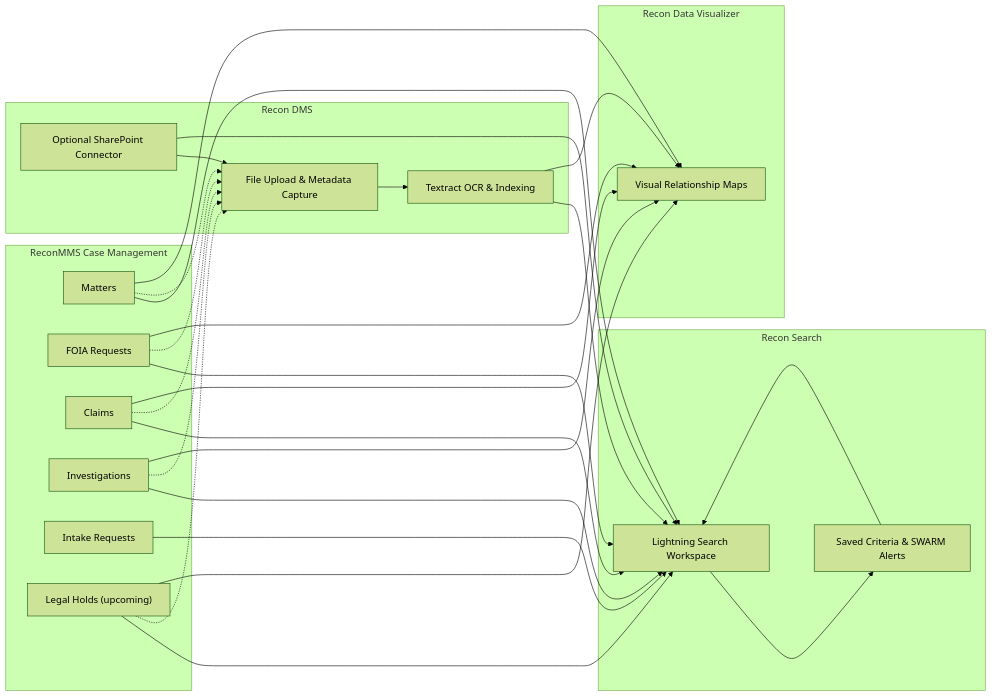
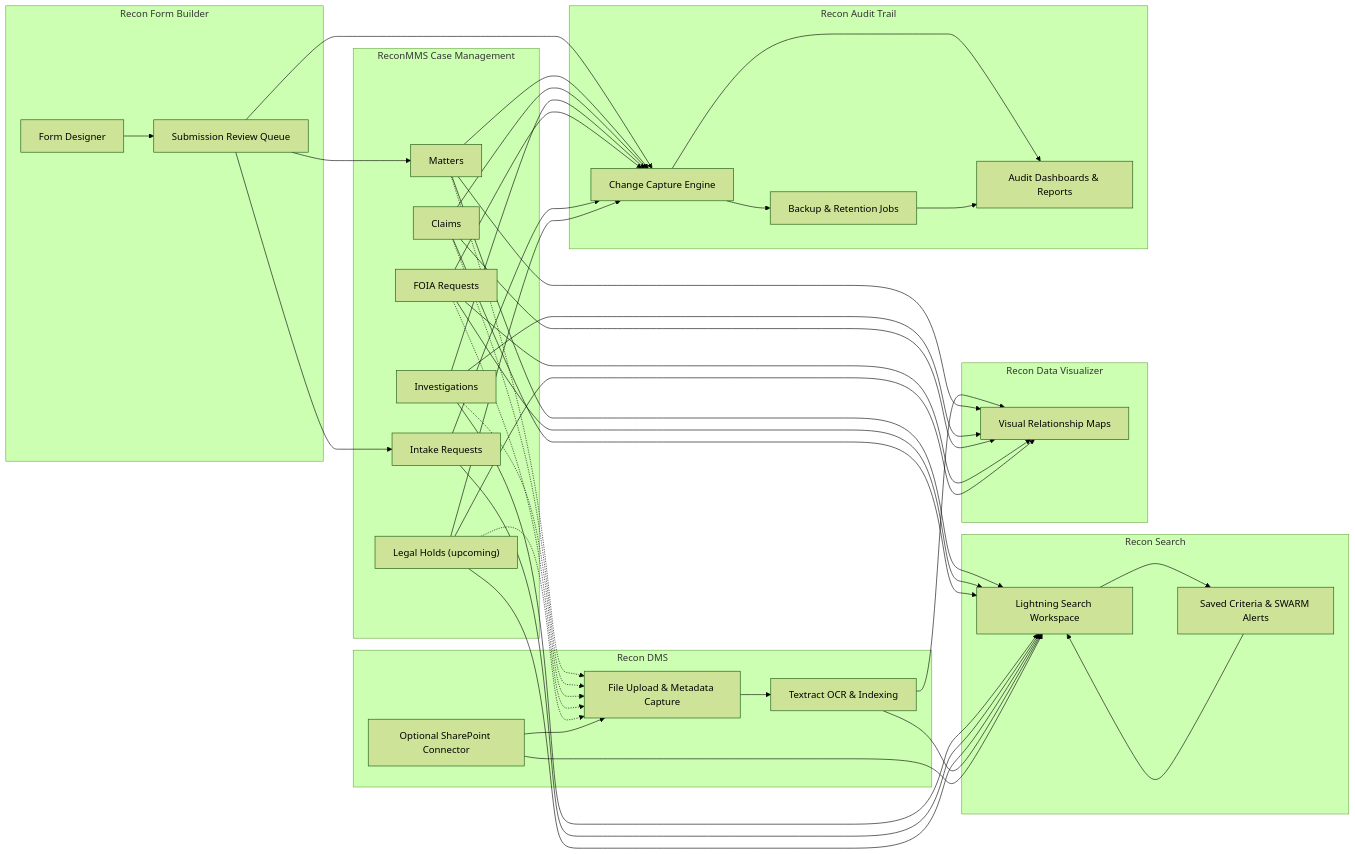
Before and after one commit to StaggerLee9/RA-docs: the diagram in docs/pages/products/architecture.md, drawn with Mermaid (forest theme). The commit also changed other lines of this file and 10 other files, not shown here.

````diff
--- a/docs/pages/products/architecture.md
+++ b/docs/pages/products/architecture.md
@@ -21,54 +21,81 @@
 ```mermaid
 flowchart LR
   subgraph ReconMMS["ReconMMS Case Management"]
     Matters["Matters"]
     FOIA["FOIA Requests"]
     Claims["Claims"]
     Investigations["Investigations"]
     Requests["Intake Requests"]
     LegalHold["Legal Holds (upcoming)"]
   end
 
   subgraph ReconSearch["Recon Search"]
     SearchConsole["Lightning Search Workspace"]
     SavedCriteria["Saved Criteria & SWARM Alerts"]
   end
 
   subgraph ReconDMS["Recon DMS"]
     Upload["File Upload & Metadata Capture"]
     Textract["Textract OCR & Indexing"]
     SharePoint["Optional SharePoint Connector"]
   end
 
   subgraph ReconVisualizer["Recon Data Visualizer"]
     Graphs["Visual Relationship Maps"]
   end
 
+  subgraph FormBuilder["Recon Form Builder"]
+    Builder["Form Designer"]
+    Intake["Submission Review Queue"]
+  end
+
+  subgraph AuditTrail["Recon Audit Trail"]
+    ChangeCapture["Change Capture Engine"]
+    Backup["Backup & Retention Jobs"]
+    Dashboards["Audit Dashboards & Reports"]
+  end
+
   Matters --> SearchConsole
   FOIA --> SearchConsole
   Claims --> SearchConsole
   Investigations --> SearchConsole
   Requests --> SearchConsole
   LegalHold --> SearchConsole
+
+  Builder --> Intake
+  Intake --> Requests
+  Intake --> Matters
+  Intake --> ChangeCapture
 
   SearchConsole --> SavedCriteria
   SavedCriteria --> SearchConsole
 
   Matters -.-> Upload
   Claims -.-> Upload
   Investigations -.-> Upload
   FOIA -.-> Upload
   LegalHold -.-> Upload
 
   Upload --> Textract
   Textract --> SearchConsole
   Textract --> Graphs
   SharePoint --> Upload
   SharePoint --> SearchConsole
 
   Matters --> Graphs
   Investigations --> Graphs
   Claims --> Graphs
   FOIA --> Graphs
   LegalHold --> Graphs
+
+  Matters --> ChangeCapture
+  Claims --> ChangeCapture
+  Investigations --> ChangeCapture
+  FOIA --> ChangeCapture
+  Requests --> ChangeCapture
+  LegalHold --> ChangeCapture
+
+  ChangeCapture --> Backup
+  ChangeCapture --> Dashboards
+  Backup --> Dashboards
 ```
````
